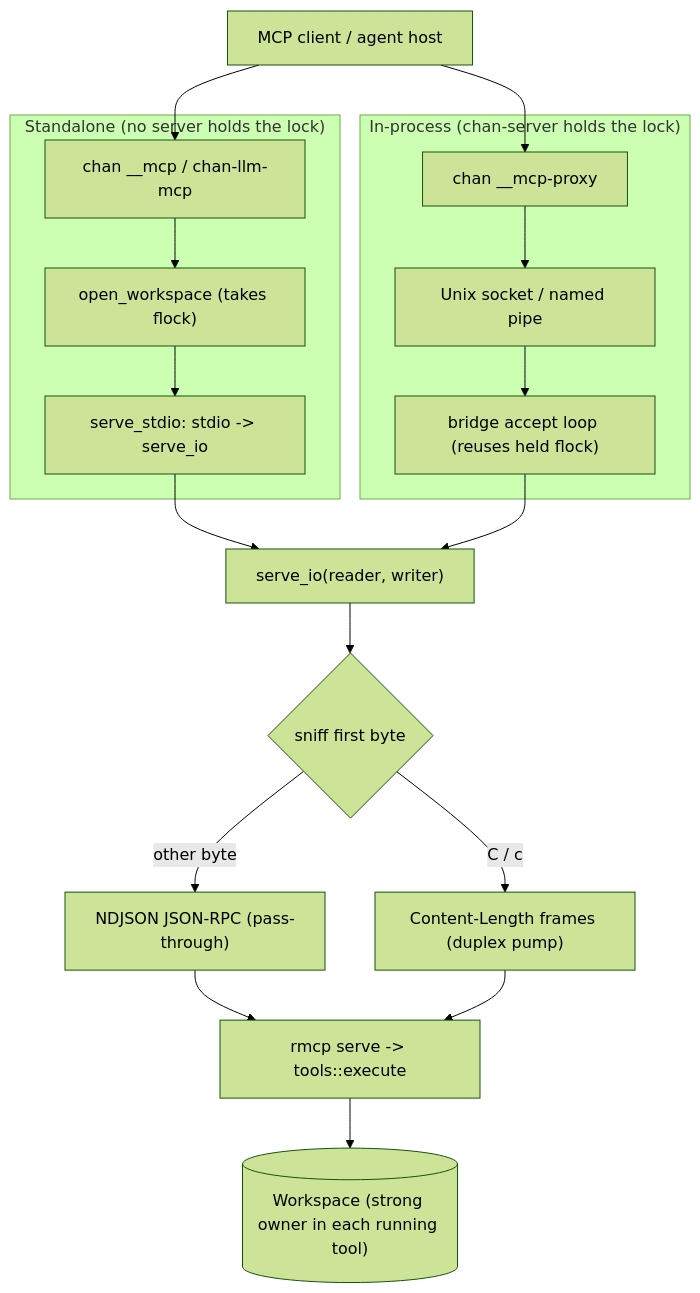
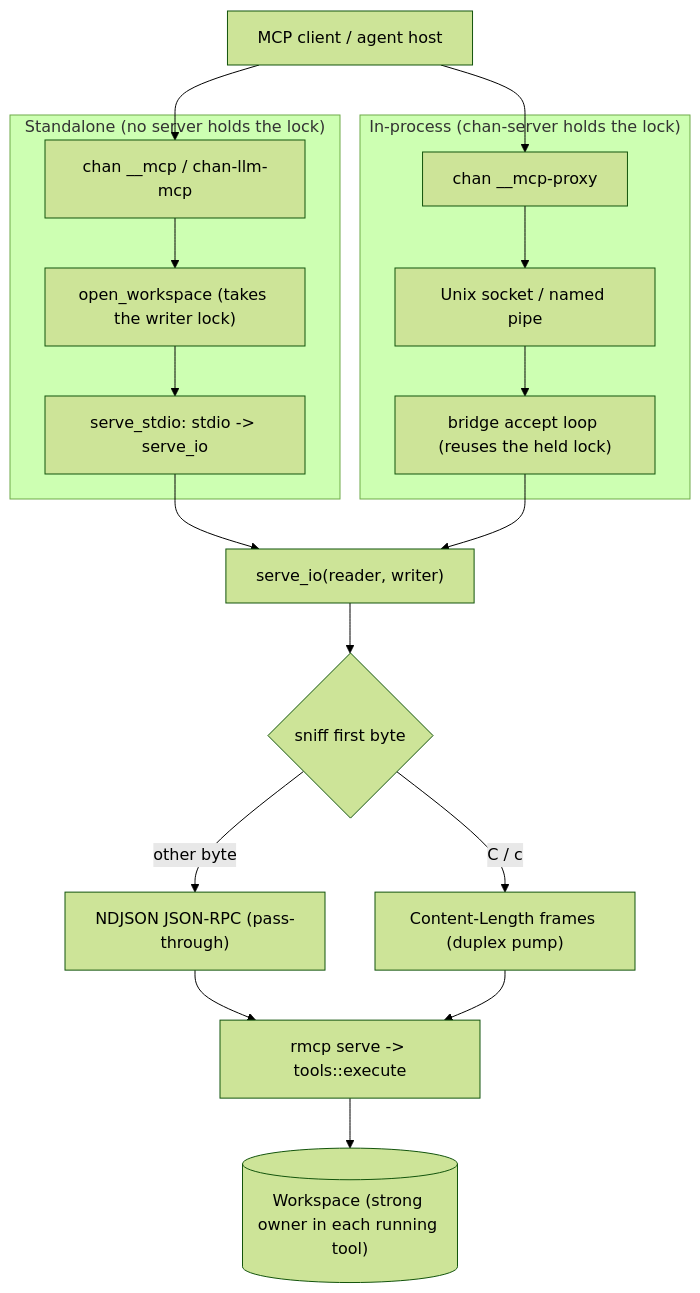
One commit to fiorix/chan changed the first of 2 diagrams in crates/chan-llm/design.md. Above: the diagram before and after it, drawn with Mermaid (forest theme). The commit also changed other lines of this file and 10 other files, not shown here.

````diff
--- a/crates/chan-llm/design.md
+++ b/crates/chan-llm/design.md
@@ -24,38 +15,38 @@
 ```mermaid
 flowchart TD
     Client["MCP client / agent host"]
 
     subgraph standalone["Standalone (no server holds the lock)"]
         Stdio["chan __mcp / chan-llm-mcp"]
-        OpenWs["open_workspace (takes flock)"]
+        OpenWs["open_workspace (takes the writer lock)"]
         ServeStdio["serve_stdio: stdio -> serve_io"]
     end
 
     subgraph inproc["In-process (chan-server holds the lock)"]
         Proxy["chan __mcp-proxy"]
         Sock["Unix socket / named pipe"]
-        Bridge["bridge accept loop (reuses held flock)"]
+        Bridge["bridge accept loop (reuses the held lock)"]
     end
 
     ServeIo["serve_io(reader, writer)"]
     Sniff{"sniff first byte"}
     NDJSON["NDJSON JSON-RPC (pass-through)"]
     Framed["Content-Length frames (duplex pump)"]
     Rmcp["rmcp serve -> tools::execute"]
     Ws[("Workspace (strong owner in each running tool)")]
 
     Client --> Stdio
     Client --> Proxy
     Stdio --> OpenWs
     OpenWs --> ServeStdio
     ServeStdio --> ServeIo
     Proxy --> Sock
     Sock --> Bridge
     Bridge --> ServeIo
     ServeIo --> Sniff
     Sniff -->|"other byte"| NDJSON
     Sniff -->|"C / c"| Framed
     NDJSON --> Rmcp
     Framed --> Rmcp
     Rmcp --> Ws
 ```
````
